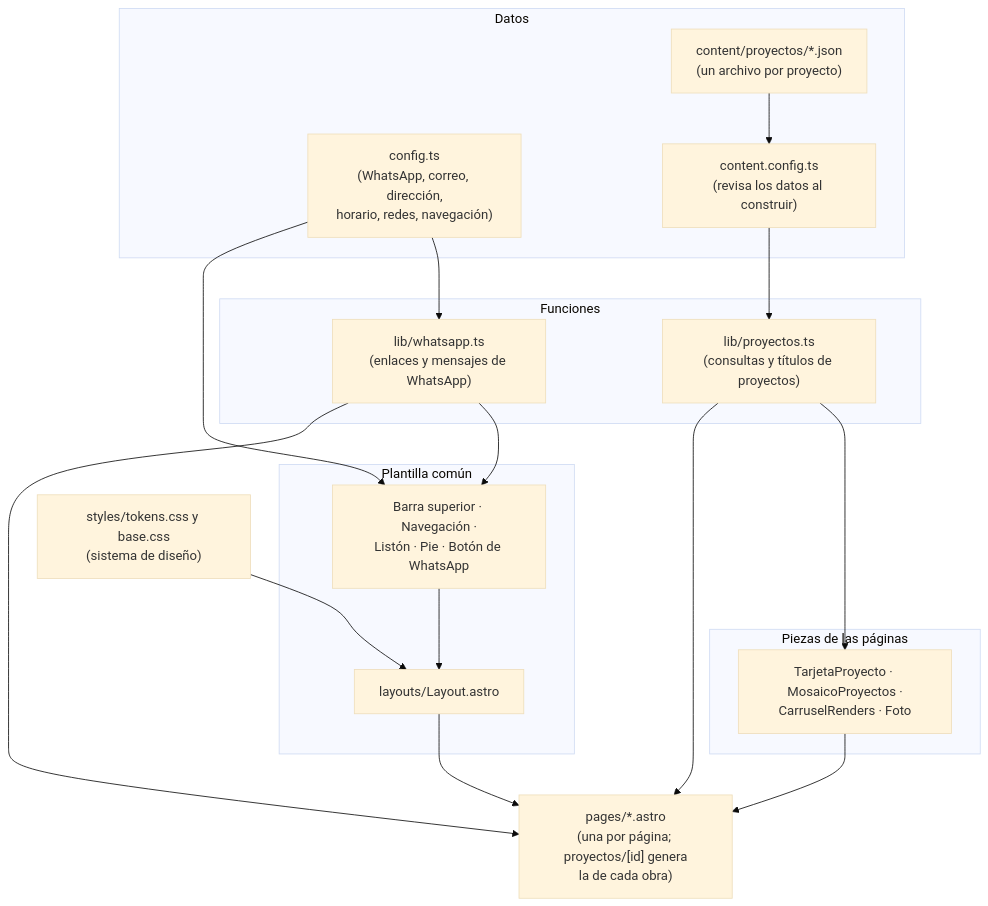
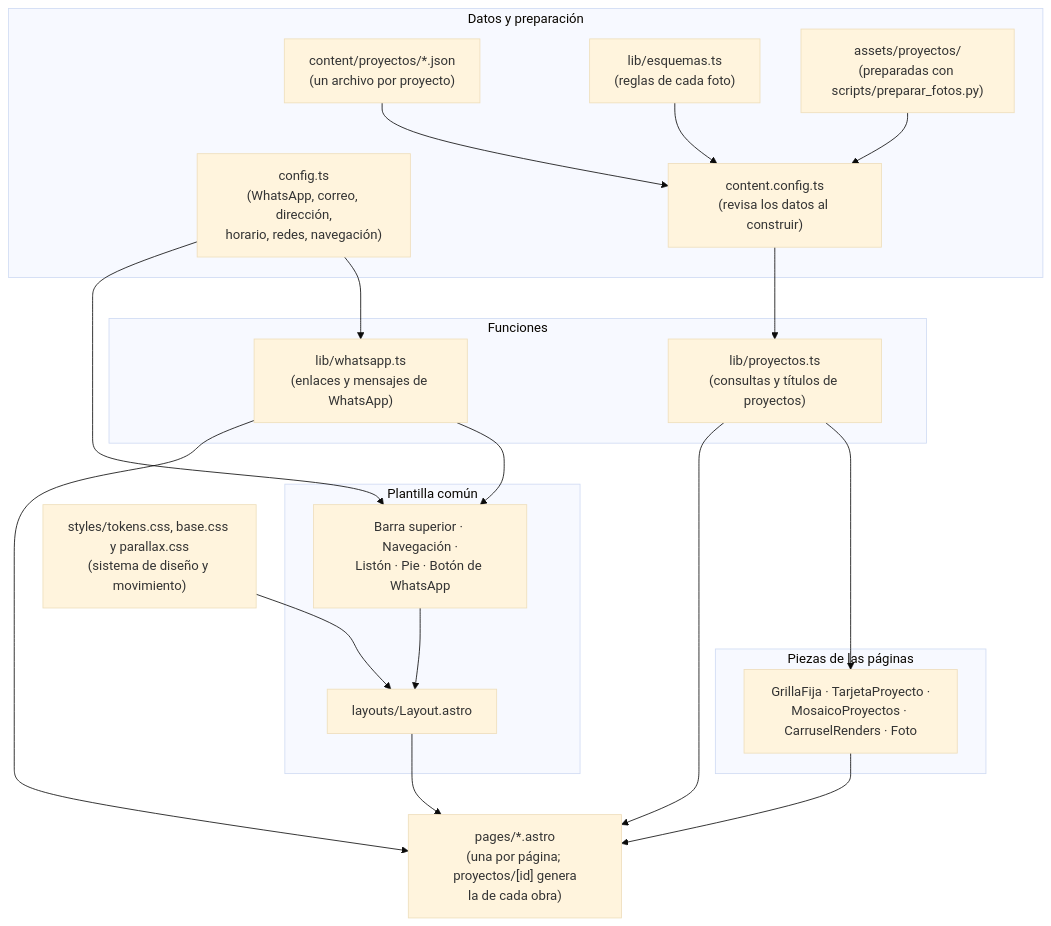
One commit to FavioCanev/web-1903-arquitectos changed the third of 3 diagrams in docs/arquitectura.md. Above: the diagram before and after it, drawn with Mermaid (base theme). The commit also changed other lines of this file and 9 other files, not shown here.

Commit message:
docs: agrega las ADR 0015 y 0016 y actualiza la documentación con el listón y la grilla

````diff
--- a/docs/arquitectura.md
+++ b/docs/arquitectura.md
@@ -150,38 +150,42 @@
 ```mermaid
 flowchart TB
-    subgraph datos["Datos"]
+    subgraph datos["Datos y preparación"]
         config["config.ts<br/>(WhatsApp, correo, dirección,<br/>horario, redes, navegación)"]
         proyectos["content/proyectos/*.json<br/>(un archivo por proyecto)"]
+        esquemas["lib/esquemas.ts<br/>(reglas de cada foto)"]
         esquema["content.config.ts<br/>(revisa los datos al construir)"]
+        fotos["assets/proyectos/<br/>(preparadas con scripts/preparar_fotos.py)"]
     end
 
     subgraph logica["Funciones"]
         whatsapp["lib/whatsapp.ts<br/>(enlaces y mensajes de WhatsApp)"]
         libproy["lib/proyectos.ts<br/>(consultas y títulos de proyectos)"]
     end
 
     subgraph plantilla["Plantilla común"]
         layout["layouts/Layout.astro"]
         comunes["Barra superior · Navegación ·<br/>Listón · Pie · Botón de WhatsApp"]
     end
 
     subgraph piezas["Piezas de las páginas"]
-        tarjetas["TarjetaProyecto · MosaicoProyectos ·<br/>CarruselRenders · Foto"]
+        tarjetas["GrillaFija · TarjetaProyecto ·<br/>MosaicoProyectos · CarruselRenders · Foto"]
     end
 
     paginas["pages/*.astro<br/>(una por página; proyectos/[id] genera<br/>la de cada obra)"]
-    estilos["styles/tokens.css y base.css<br/>(sistema de diseño)"]
+    estilos["styles/tokens.css, base.css y parallax.css<br/>(sistema de diseño y movimiento)"]
 
+    esquemas --> esquema
+    fotos --> esquema
     proyectos --> esquema
     esquema --> libproy
     config --> whatsapp
     config --> comunes
     whatsapp --> comunes
     whatsapp --> paginas
     libproy --> tarjetas
     libproy --> paginas
     tarjetas --> paginas
     comunes --> layout
     layout --> paginas
     estilos --> layout
 ```
````
